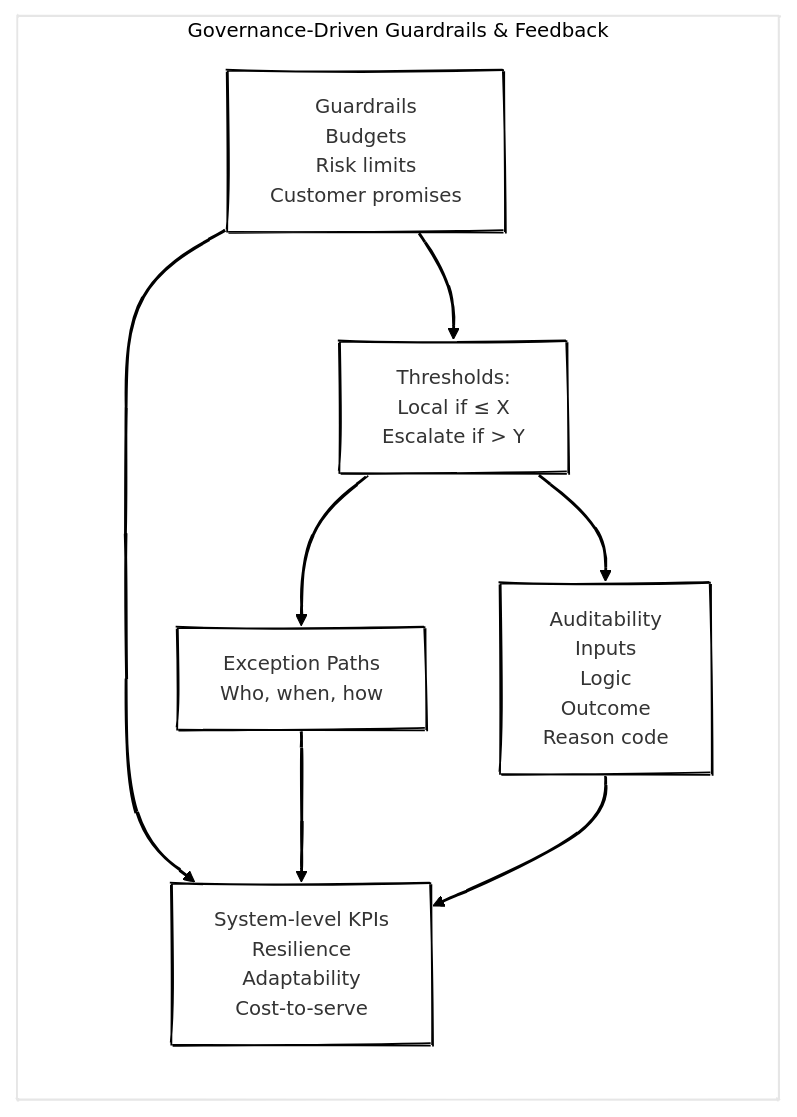
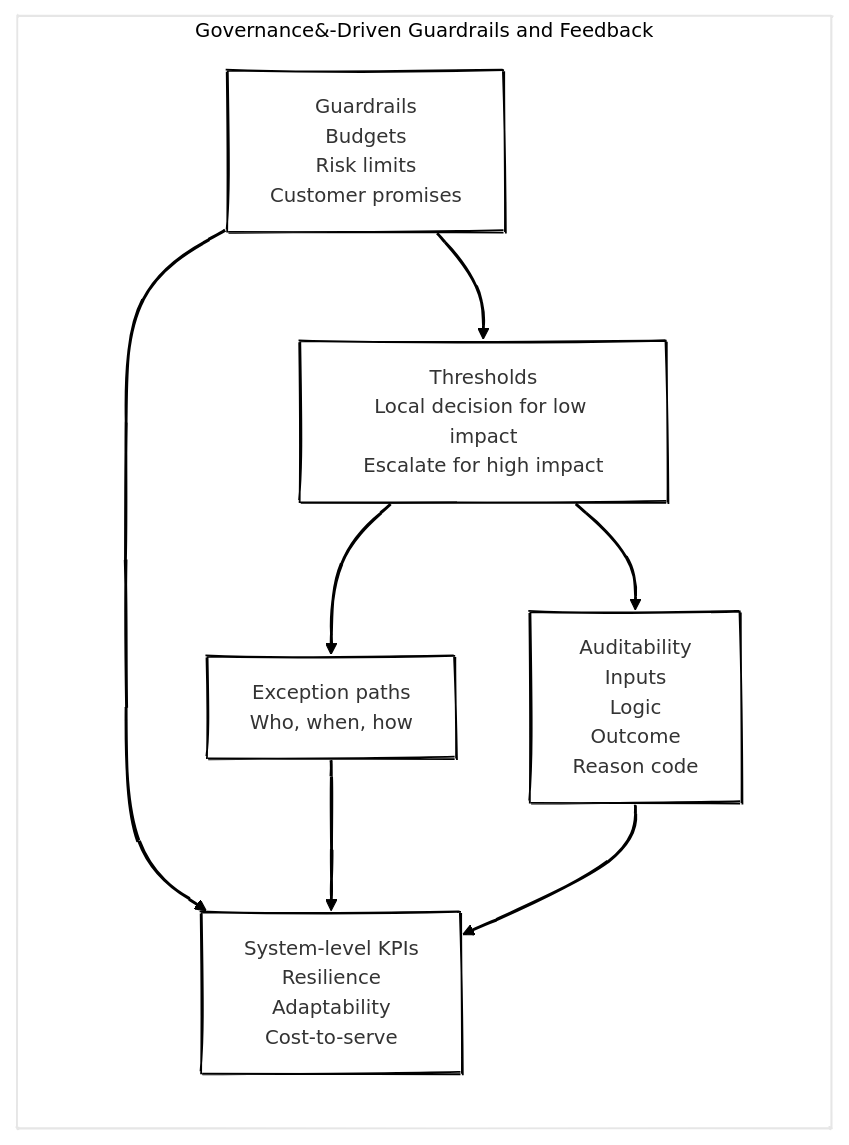
Before and after one commit to antomon/antomon.github.io: the seventh of 8 diagrams in posts/from-planning-to-orchestration-reimagining-enterprise-beyond-S&OP/index.qmd, drawn with Mermaid. The commit also changed other lines of this file and 4 other files, not shown here.

````diff
--- a/posts/from-planning-to-orchestration-reimagining-enterprise-beyond-S&OP/index.qmd
+++ b/posts/from-planning-to-orchestration-reimagining-enterprise-beyond-S&OP/index.qmd
@@ -353,16 +419,20 @@
 ```{mermaid}
 %%| label: fig-governance-guardrails
-%%| fig-cap: Governance inside the loop, rules clearer than roles
-%%| fig-alt: Guardrails, thresholds, escalation and audit within the orchestration cycle
+%%| fig-cap: "Governance inside the loop: rules clearer than roles"
+%%| fig-alt: "Guardrails, thresholds, escalation and audit within the orchestration cycle"
 %%| fig-align: "center"
 %%{init: {"theme": "neo", "look": "handDrawn"}}%%
 
 flowchart LR
 
-  subgraph GGF[Governance#8209;Driven&nbsp;Guardrails&nbsp;&&nbsp;Feedback]
-    GR["Guardrails<br>Budgets<br/>Risk limits<br/>Customer promises"] --> TH["Thresholds:<br>Local if ≤ X<br/>Escalate if &gt; Y"] & KP["System-level KPIs<br>Resilience<br/>Adaptability<br/>Cost-to-serve"]
-    TH --> EX["Exception Paths<br>Who, when, how"] & AU["Auditability<br>Inputs<br/>Logic<br/>Outcome<br/>Reason code"]
+  subgraph GGF[Governance&#8209;Driven&nbsp;Guardrails&nbsp;and&nbsp;Feedback]
+    GR["Guardrails<br/>Budgets<br/>Risk limits<br/>Customer promises"] --> TH["Thresholds<br/>Local decision for low impact<br/>Escalate for high impact"]
+    GR --> KP["System-level KPIs<br/>Resilience<br/>Adaptability<br/>Cost-to-serve"]
+
+    TH --> EX["Exception paths<br/>Who, when, how"]
+    TH --> AU["Auditability<br/>Inputs<br/>Logic<br/>Outcome<br/>Reason code"]
+
     EX --> KP
     AU --> KP
   end
 ```
````
